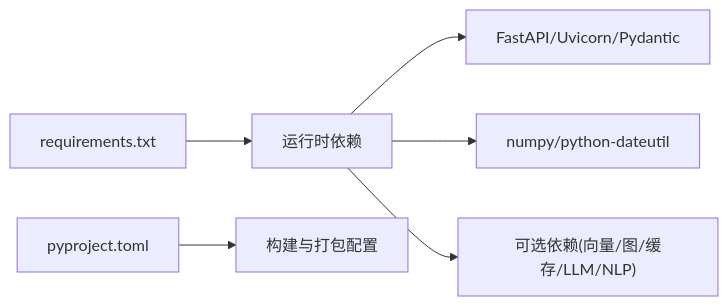
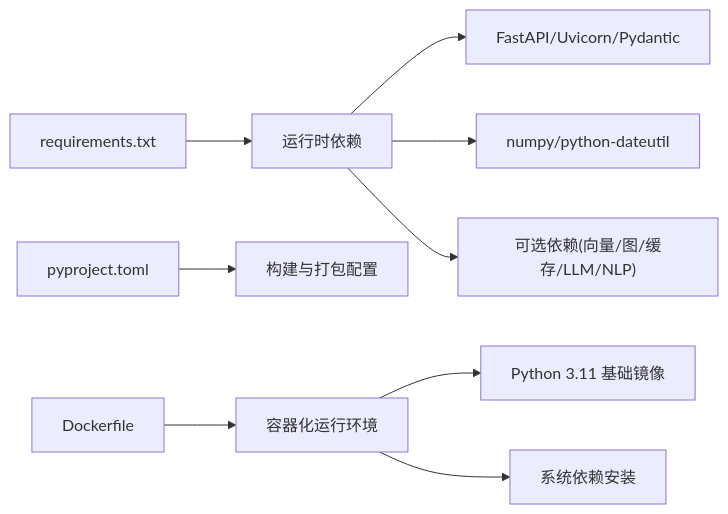
One commit to JieGaoPrinceton/NecoRAG changed the seventh of 7 diagrams in .qoder/repowiki/zh/content/部署与运维/部署与运维.md. Above: the diagram before and after it, drawn with Mermaid. The commit also changed other lines of this file and 20 other files, not shown here.

````diff
--- a/.qoder/repowiki/zh/content/部署与运维/部署与运维.md
+++ b/.qoder/repowiki/zh/content/部署与运维/部署与运维.md
@@ -301,8 +377,11 @@
 ```mermaid
 graph LR
 A["requirements.txt"] --> B["运行时依赖"]
 B --> C["FastAPI/Uvicorn/Pydantic"]
 B --> D["numpy/python-dateutil"]
 B --> E["可选依赖(向量/图/缓存/LLM/NLP)"]
 F["pyproject.toml"] --> G["构建与打包配置"]
+H["Dockerfile"] --> I["容器化运行环境"]
+I --> J["Python 3.11 基础镜像"]
+I --> K["系统依赖安装"]
 ```
````
